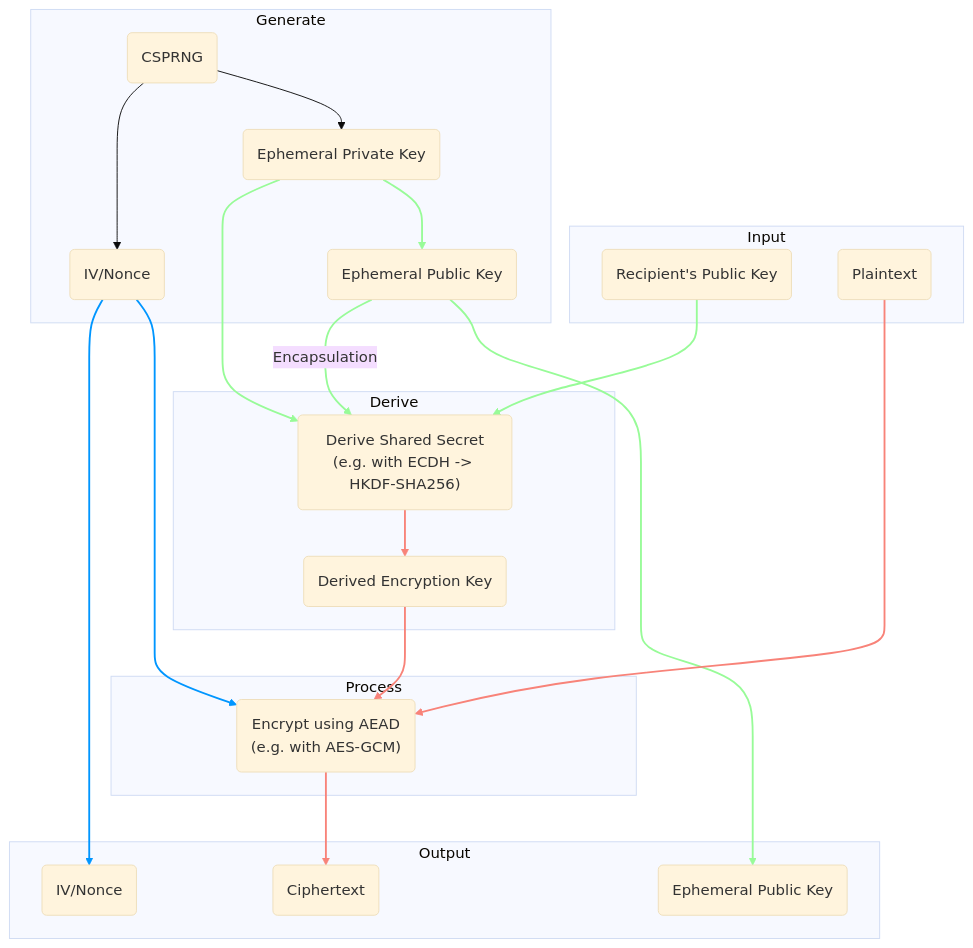
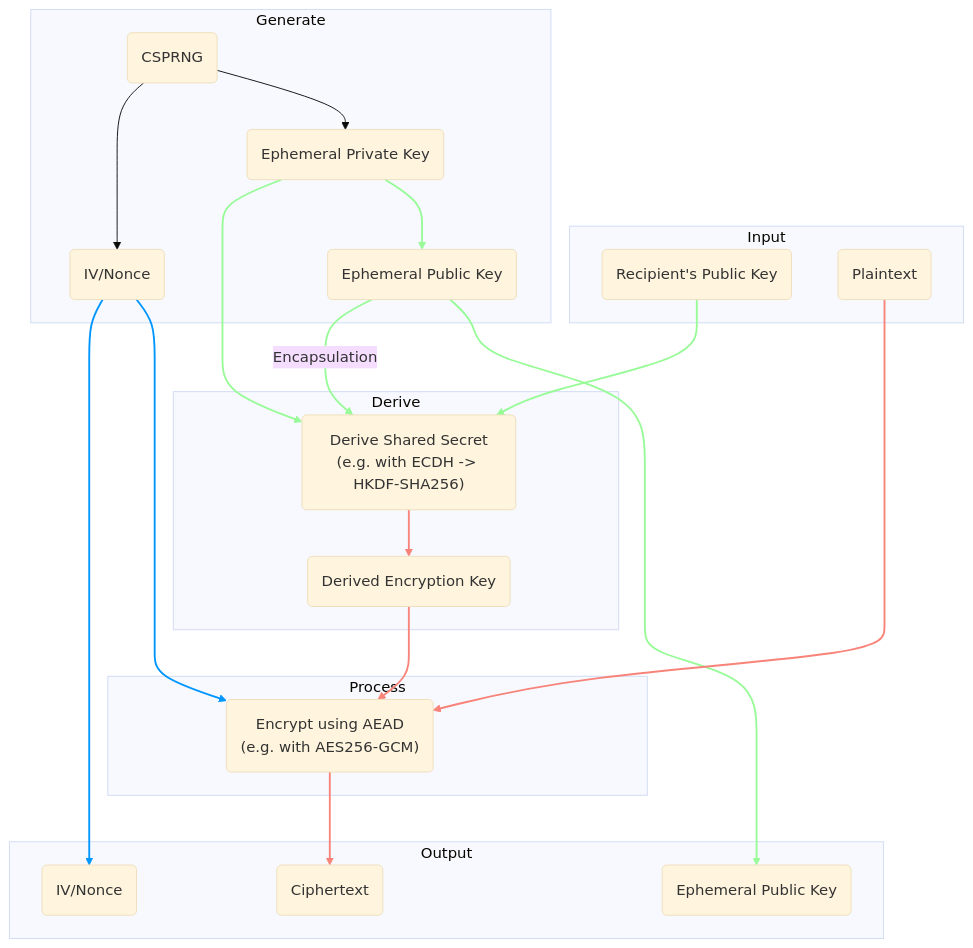
The second of 3 diagrams in README.md (TJRoh01/libes), drawn with Mermaid (base theme) before and after one commit. The commit also changed other lines of this file and 7 other files, not shown here.

Commit message:
add support for AES256-GCM encryption algorithm

````diff
--- a/README.md
+++ b/README.md
@@ -192,58 +192,58 @@
 ```mermaid
 graph TB
     subgraph Input
         RK(Recipient's Public Key)
         MSG(Plaintext)
     end
     
     subgraph Generate
         CSPRNG(CSPRNG)
         EK_PUB(Ephemeral Public Key)
         EK_PRI(Ephemeral Private Key)
         IV(IV/Nonce)
     end
     
     subgraph Derive
         DER_FN("Derive Shared Secret</br>(e.g. with ECDH -> HKDF-SHA256)")
         DER_ENC_KEY("Derived Encryption Key")
     end
     
     subgraph Process
-        ENC_FN("Encrypt using AEAD</br>(e.g. with AES-GCM)")
+        ENC_FN("Encrypt using AEAD</br>(e.g. with AES256-GCM)")
     end
     
     subgraph Output
         ENC_OUT(Ciphertext)
         IV_OUT(IV/Nonce)
         EK_OUT(Ephemeral Public Key)
     end
     
     CSPRNG --> EK_PRI & IV
     EK_PRI --> EK_PUB
     EK_PUB --> EK_OUT
     RK --> DER_FN
     EK_PRI --> DER_FN
     DER_FN --> DER_ENC_KEY
     DER_ENC_KEY --> ENC_FN
     MSG --> ENC_FN
     ENC_FN --> ENC_OUT
     IV --> ENC_FN & IV_OUT
     EK_PUB --> |Encapsulation| DER_FN
     
     %% Elliptic Curve Key link colorization
     linkStyle 2 stroke:#98fb98,stroke-width:2px;
     linkStyle 3 stroke:#98fb98,stroke-width:2px;
     linkStyle 4 stroke:#98fb98,stroke-width:2px;
     linkStyle 5 stroke:#98fb98,stroke-width:2px;
     linkStyle 12 stroke:#98fb98,stroke-width:2px;
     
     %% Nonce link colorization
     linkStyle 10 stroke:#0096ff,stroke-width:2px;
     linkStyle 11 stroke:#0096ff,stroke-width:2px;
     
     %% Encryption link colorization
     linkStyle 6 stroke:#f88379,stroke-width:2px;
     linkStyle 7 stroke:#f88379,stroke-width:2px;
     linkStyle 8 stroke:#f88379,stroke-width:2px;
     linkStyle 9 stroke:#f88379,stroke-width:2px;
 ```
````
